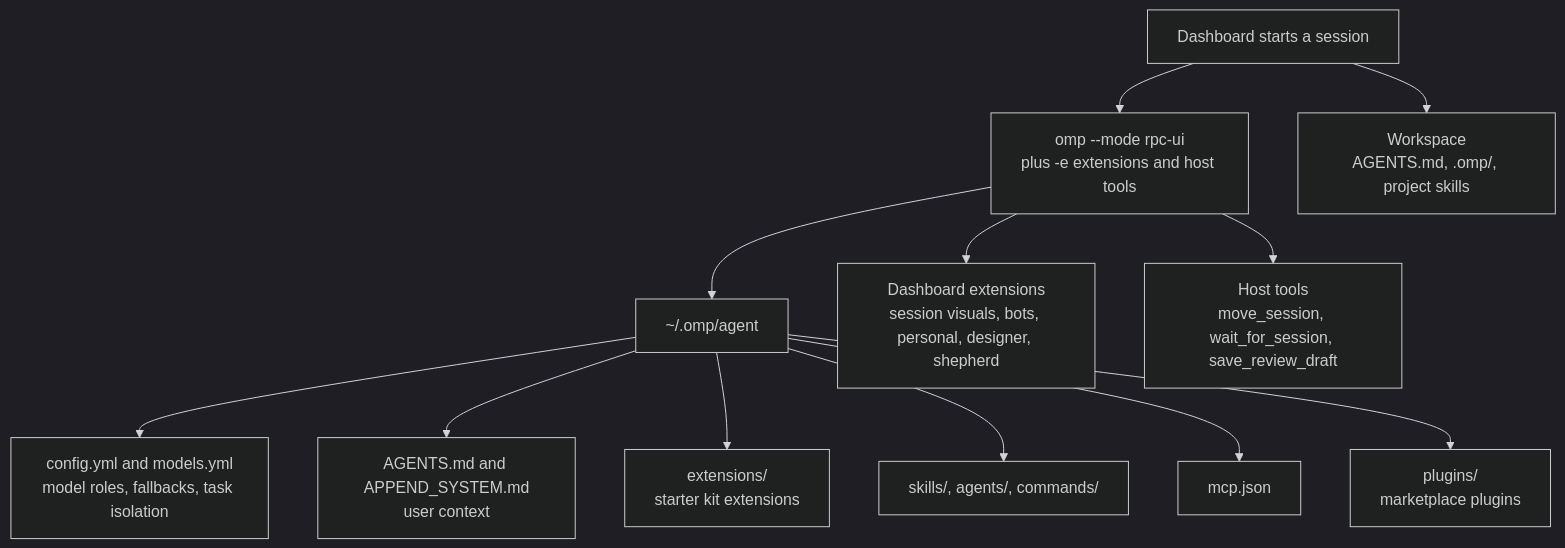
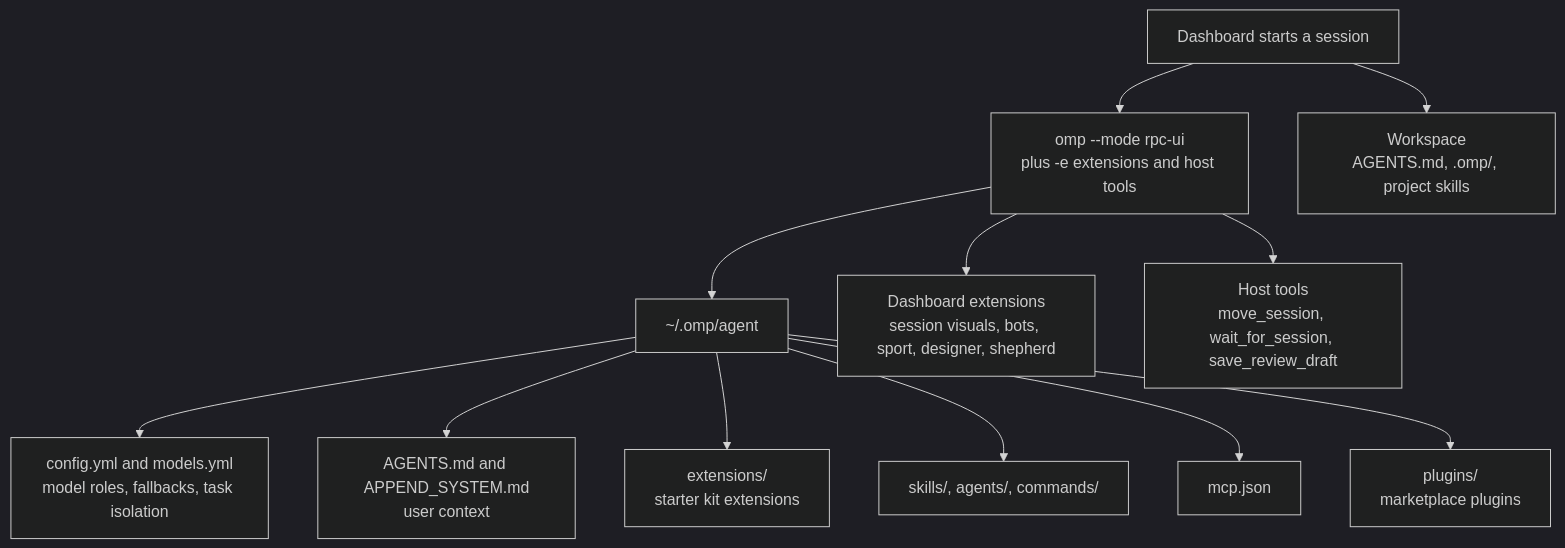
Before and after one commit to MaisonnatM/omp-agents: the second of 5 diagrams in docs/architecture/harness-map.md, drawn with Mermaid (dark theme). The commit also changed 198 other files, not shown here.

````diff
--- a/docs/architecture/harness-map.md
+++ b/docs/architecture/harness-map.md
@@ -28,14 +28,14 @@
 ```mermaid
 flowchart TD
   start["Dashboard starts a session"] --> args["omp --mode rpc-ui<br/>plus -e extensions and host tools"]
   args --> agent["~/.omp/agent"]
   agent --> cfg["config.yml and models.yml<br/>model roles, fallbacks, task isolation"]
   agent --> ctx["AGENTS.md and APPEND_SYSTEM.md<br/>user context"]
   agent --> ext["extensions/<br/>starter kit extensions"]
   agent --> skills["skills/, agents/, commands/"]
   agent --> mcp["mcp.json"]
   agent --> plugins["plugins/<br/>marketplace plugins"]
-  args --> dash["Dashboard extensions<br/>session visuals, bots, personal, designer, shepherd"]
+  args --> dash["Dashboard extensions<br/>session visuals, bots, sport, designer, shepherd"]
   args --> host["Host tools<br/>move_session, wait_for_session, save_review_draft"]
   start --> project["Workspace<br/>AGENTS.md, .omp/, project skills"]
 ```
````
